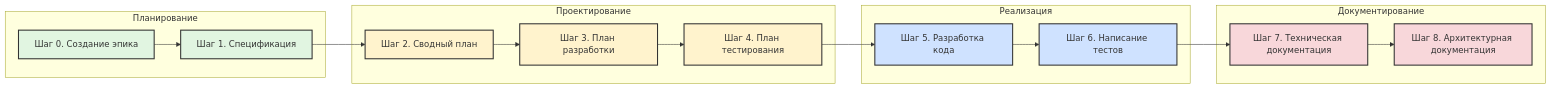
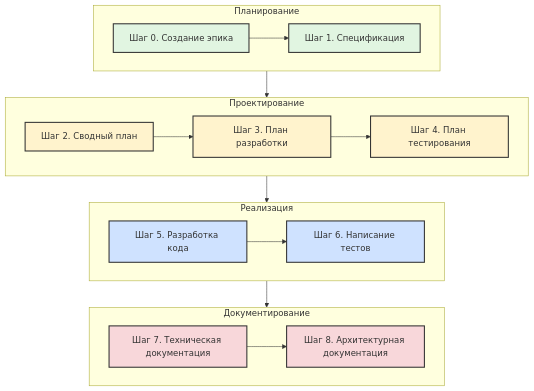
The first of 2 diagrams in Doc/Article/MultiagentDevelopment.md (vendelev/MyDrevo), drawn with Mermaid before and after one commit.

Commit message:
Прототип статьи

````diff
--- a/Doc/Article/MultiagentDevelopment.md
+++ b/Doc/Article/MultiagentDevelopment.md
@@ -266,42 +266,38 @@
 ```mermaid
-flowchart LR
+flowchart TD
     subgraph Planning["Планирование"]
-        Step0["Шаг 0. Создание эпика"]
-        Step1["Шаг 1. Спецификация"]
+        direction LR
+        Step0["Шаг 0. Создание эпика"] --> Step1["Шаг 1. Спецификация"]
     end
 
     subgraph Design["Проектирование"]
-        Step2["Шаг 2. Сводный план"]
-        Step3["Шаг 3. План разработки"]
-        Step4["Шаг 4. План тестирования"]
+        direction LR
+        Step2["Шаг 2. Сводный план"] --> Step3["Шаг 3. План разработки"]
+        Step3 --> Step4["Шаг 4. План тестирования"]
     end
 
     subgraph Implementation["Реализация"]
-        Step5["Шаг 5. Разработка кода"]
-        Step6["Шаг 6. Написание тестов"]
+        direction LR
+        Step5["Шаг 5. Разработка кода"] --> Step6["Шаг 6. Написание тестов"]
     end
 
     subgraph Documentation["Документирование"]
+        direction LR
         Step7["Шаг 7. Техническая документация"]
-        Step8["Шаг 8. Архитектурная документация"]
+        Step7 --> Step8["Шаг 8. Архитектурная документация"]
     end
 
-    Step0 --> Step1
-    Step1 --> Step2
-    Step2 --> Step3
-    Step3 --> Step4
-    Step4 --> Step5
-    Step5 --> Step6
-    Step6 --> Step7
-    Step7 --> Step8
+    Planning --> Design
+    Design --> Implementation
+    Implementation --> Documentation
 
     classDef planningStyle fill:#e1f5e1,stroke:#333,stroke-width:2px
     classDef designStyle fill:#fff3cd,stroke:#333,stroke-width:2px
     classDef implementationStyle fill:#cfe2ff,stroke:#333,stroke-width:2px
     classDef documentationStyle fill:#f8d7da,stroke:#333,stroke-width:2px
 
     class Step0,Step1 planningStyle
     class Step2,Step3,Step4 designStyle
     class Step5,Step6 implementationStyle
     class Step7,Step8 documentationStyle
 ```
````
